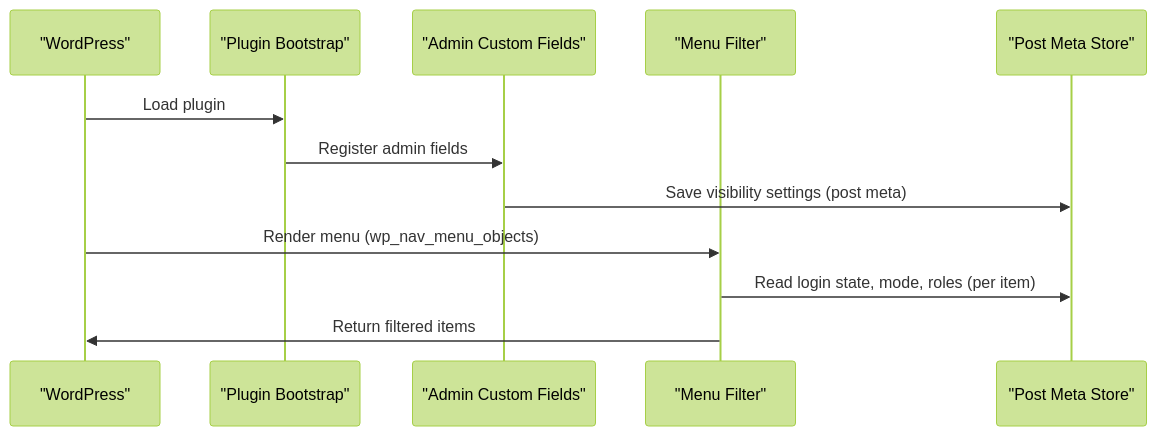
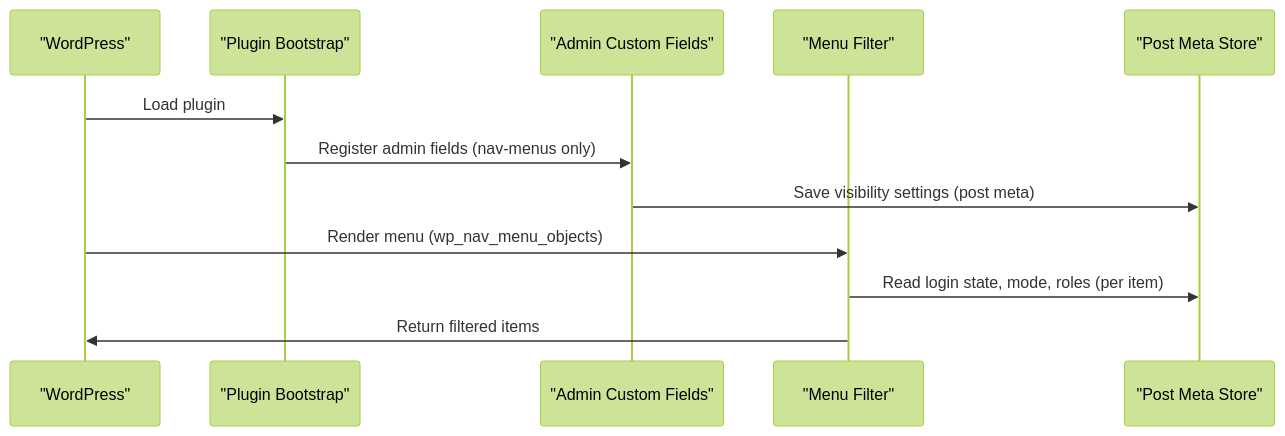
Before and after one commit to mahfuzurwp/hide-menu-items-by-role: the second of 6 diagrams in .qoder/repowiki/en/content/Customization Guide/Performance Optimization.md, drawn with Mermaid (forest theme). The commit also changed other lines of this file and 20 other files, not shown here.

````diff
--- a/.qoder/repowiki/en/content/Customization Guide/Performance Optimization.md
+++ b/.qoder/repowiki/en/content/Customization Guide/Performance Optimization.md
@@ -74,14 +82,14 @@
 ```mermaid
 sequenceDiagram
 participant WP as "WordPress"
 participant Boot as "Plugin Bootstrap"
 participant AdminUI as "Admin Custom Fields"
 participant Filter as "Menu Filter"
 participant DB as "Post Meta Store"
 WP->>Boot : Load plugin
-Boot->>AdminUI : Register admin fields
+Boot->>AdminUI : Register admin fields (nav-menus only)
 AdminUI->>DB : Save visibility settings (post meta)
 WP->>Filter : Render menu (wp_nav_menu_objects)
 Filter->>DB : Read login state, mode, roles (per item)
 Filter->>WP : Return filtered items
 ```
````
